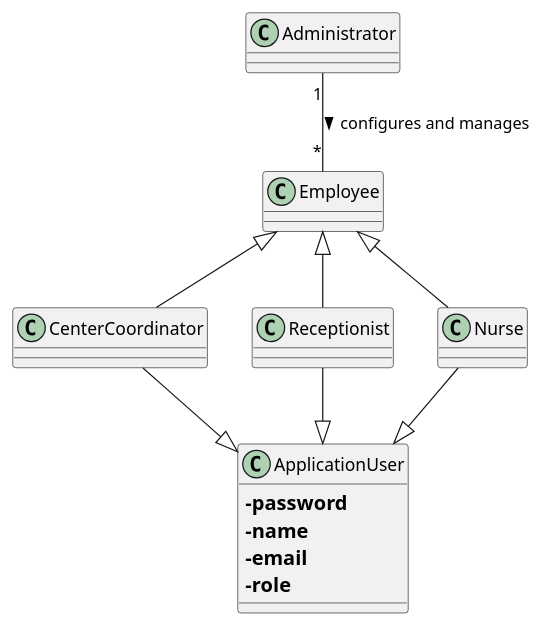
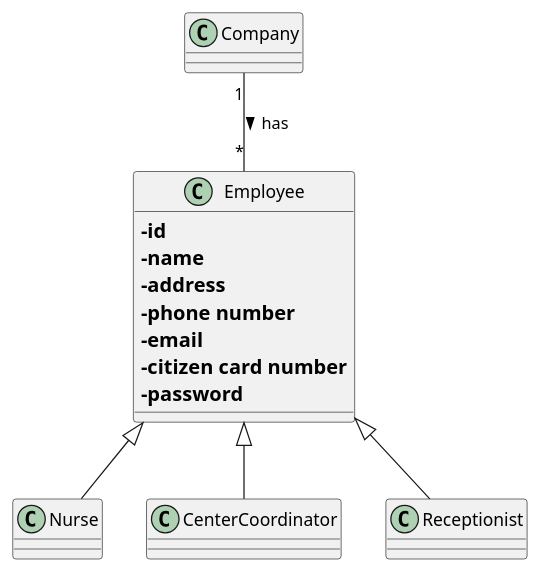
One commit to Pirussa/lei-22-s2-1da-g02 changed the diagram in docs/SprintB/US010/US010_MD.puml. Above: the diagram before and after it, drawn with PlantUML. The commit also changed 5 other files, not shown here.

Commit message:
DM - Domain Model updated and finished in US010. Adding classes "Nurse", "Receptionist" and "Center Coordinator".

```diff
--- a/docs/SprintB/US010/US010_MD.puml
+++ b/docs/SprintB/US010/US010_MD.puml
@@ -1,30 +1,25 @@
 @startuml
 
-class Administrator
+class Company
 
-class Employee
+class Employee {
+==-id
+==-name
+==-address
+==-phone number
+==-email
+==-citizen card number
+==-password
+}
 
 class Nurse
 
 class CenterCoordinator
 
-class ApplicationUser {
-==-password
-==-name
-==-email
-==-role
-}
-
-Administrator "1" -d- "*" Employee : configures and manages >
-
-ApplicationUser <|-u- Nurse
-ApplicationUser <|-u- Receptionist
-ApplicationUser <|-u- CenterCoordinator
+Company "1" -d- "*" Employee : has >
 
 Employee <|-d- Nurse
 Employee <|-d- Receptionist
 Employee <|-d- CenterCoordinator
 
-
-
 @enduml
```
